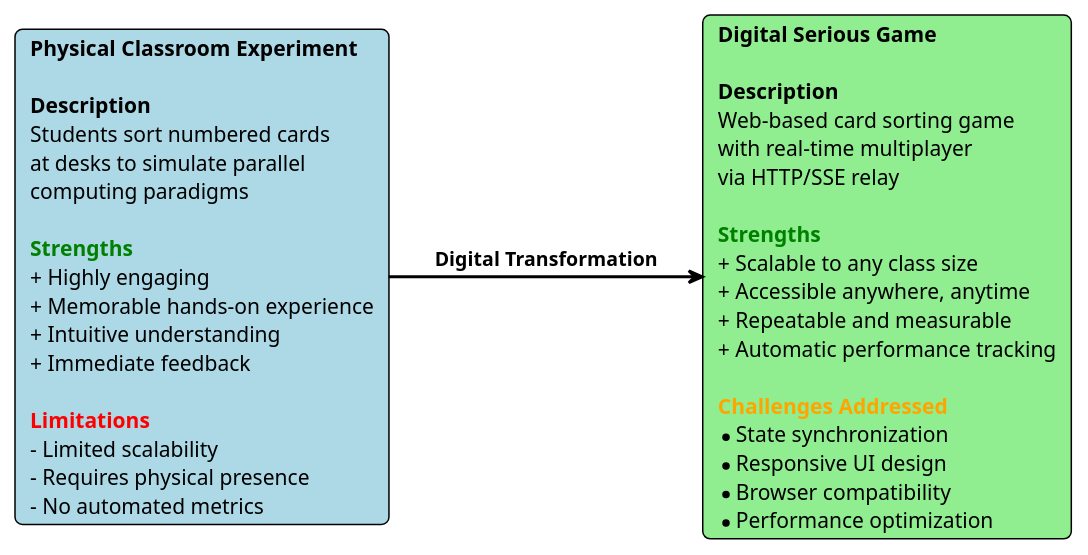
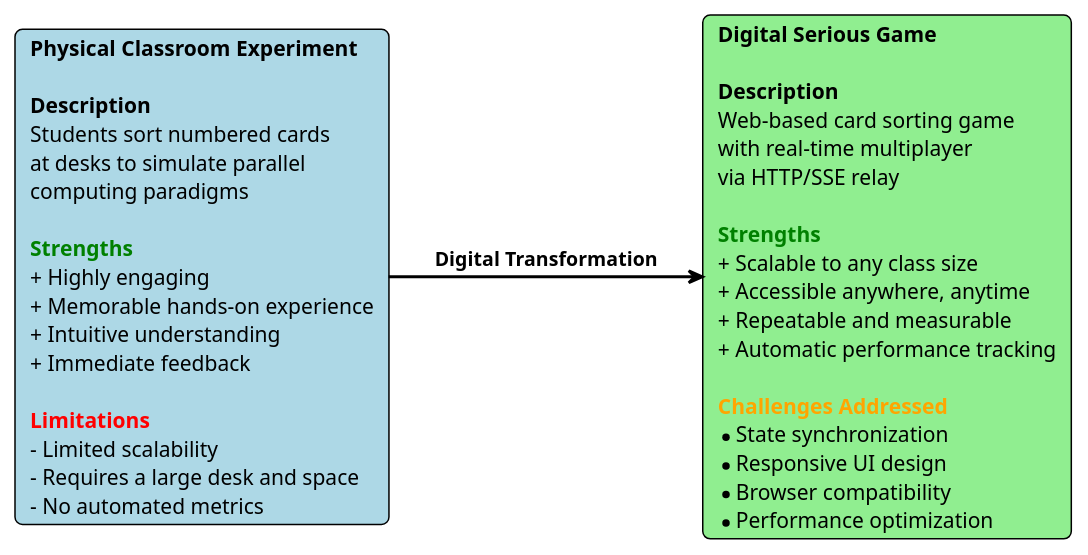
The diagram in figures/diagrams/physical-to-digital-mapping.puml (Siponek/HPC-thesis), drawn with PlantUML before and after one commit. The commit also changed 10 other files, not shown here.

```diff
--- a/figures/diagrams/physical-to-digital-mapping.puml
+++ b/figures/diagrams/physical-to-digital-mapping.puml
@@ -1,20 +1,20 @@
 @startuml physical-to-digital-mapping
 !theme plain
 skinparam backgroundColor white
 skinparam defaultFontName Arial
 skinparam Shadowing false
 skinparam RoundCorner 10
 
 top to bottom direction
 skinparam nodesep 60
 skinparam ranksep 20
 
 together {
-  card "**Physical Classroom Experiment**\n\n<b>Description</b>\nStudents sort numbered cards\nat desks to simulate parallel\ncomputing paradigms\n\n<color:green><b>Strengths</b></color>\n+ Highly engaging\n+ Memorable hands-on experience\n+ Intuitive understanding\n+ Immediate feedback\n\n<color:red><b>Limitations</b></color>\n- Limited scalability\n- Requires physical presence\n- No automated metrics" as PHYS #LightBlue
+  card "**Physical Classroom Experiment**\n\n<b>Description</b>\nStudents sort numbered cards\nat desks to simulate parallel\ncomputing paradigms\n\n<color:green><b>Strengths</b></color>\n+ Highly engaging\n+ Memorable hands-on experience\n+ Intuitive understanding\n+ Immediate feedback\n\n<color:red><b>Limitations</b></color>\n- Limited scalability\n- Requires a large desk and space\n- No automated metrics" as PHYS #LightBlue
 
   card "**Digital Serious Game**\n\n<b>Description</b>\nWeb-based card sorting game\nwith real-time multiplayer\nvia HTTP/SSE relay\n\n<color:green><b>Strengths</b></color>\n+ Scalable to any class size\n+ Accessible anywhere, anytime\n+ Repeatable and measurable\n+ Automatic performance tracking\n\n<color:orange><b>Challenges Addressed</b></color>\n* State synchronization\n* Responsive UI design\n* Browser compatibility\n* Performance optimization" as DIGI #LightGreen
 }
 
 PHYS -right[#000,thickness=2]-> DIGI : **Digital Transformation**
 
 @enduml
```
